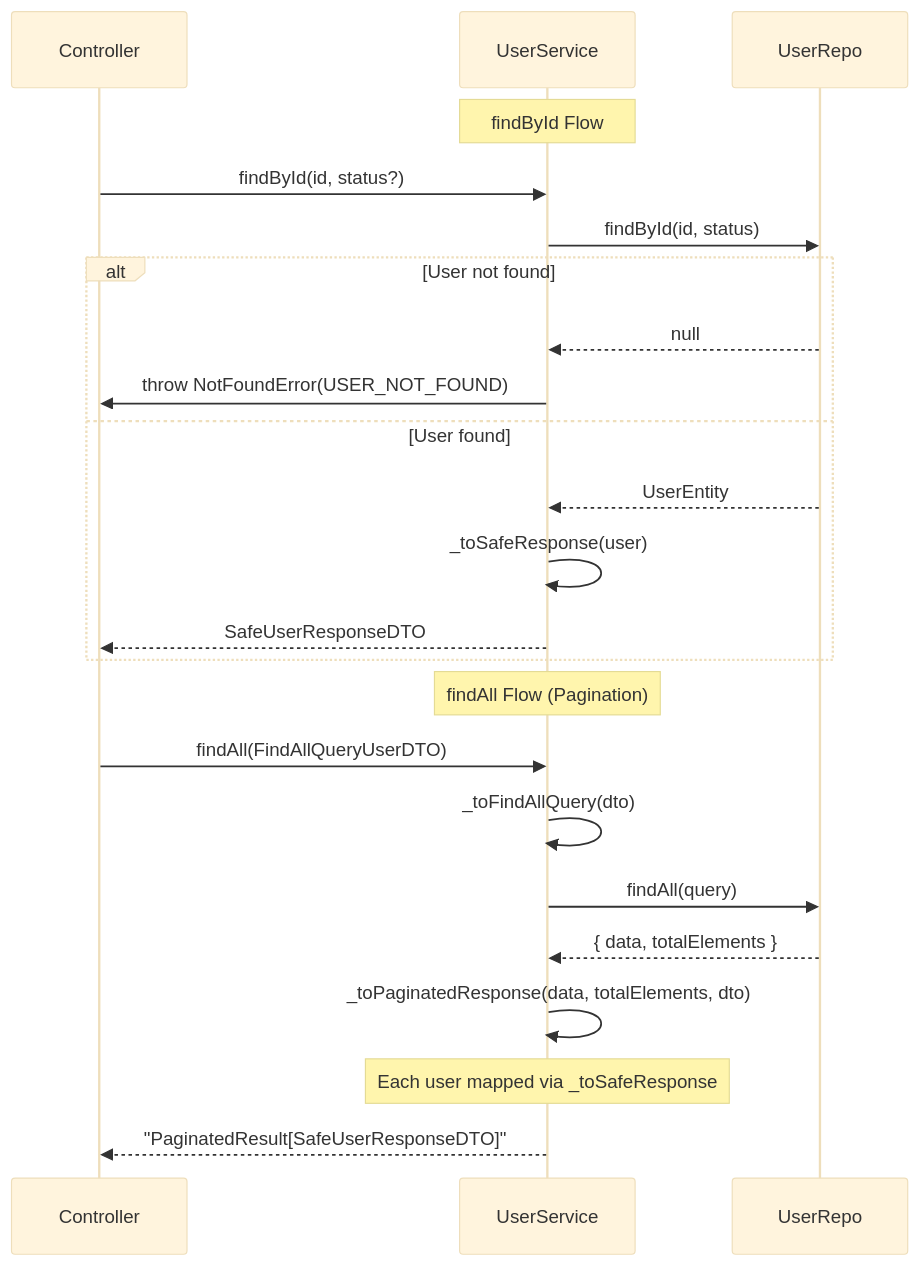
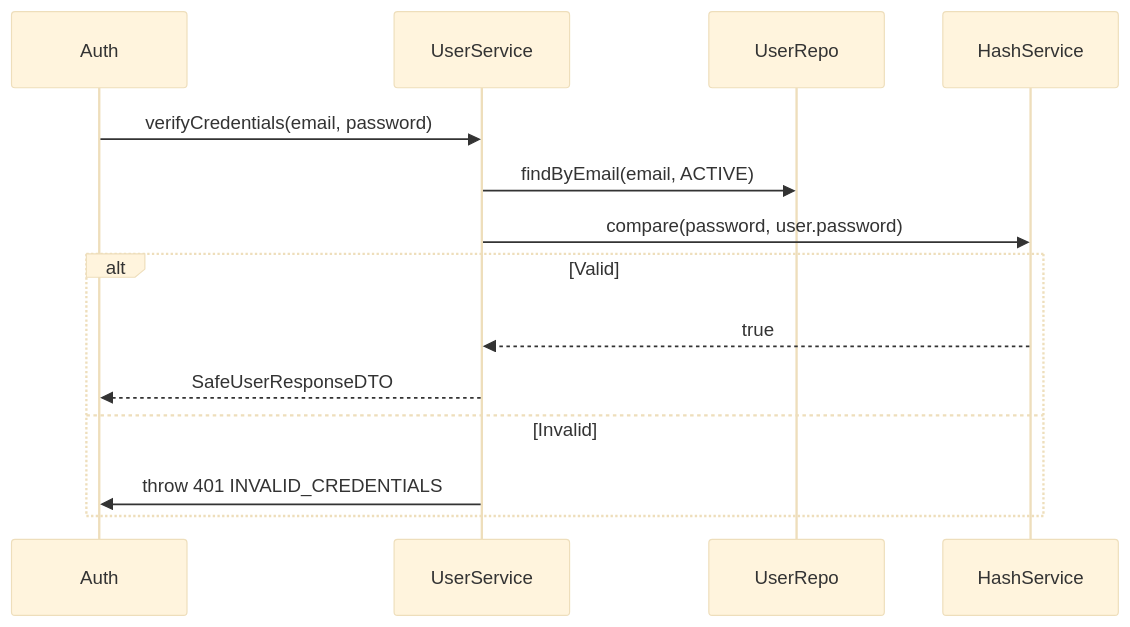
One commit to SangHynh/atomecom changed the fifth of 5 diagrams in server/src/modules/users/README.md. Above: the diagram before and after it, drawn with Mermaid (base theme). The commit also changed other lines of this file and 1 other file, not shown here.

Commit message:
docs: update documents for users and auth modules

````diff
--- a/server/src/modules/users/README.md
+++ b/server/src/modules/users/README.md
@@ -259,27 +156,17 @@
 ```mermaid
 sequenceDiagram
-    participant C as Controller
+    participant A as Auth
     participant S as UserService
     participant R as UserRepo
+    participant H as HashService
 
-    Note over S: findById Flow
-    C->>S: findById(id, status?)
-    S->>R: findById(id, status)
-    alt User not found
-        R-->>S: null
-        S->>C: throw NotFoundError(USER_NOT_FOUND)
-    else User found
-        R-->>S: UserEntity
-        S->>S: _toSafeResponse(user)
-        S-->>C: SafeUserResponseDTO
+    A->>S: verifyCredentials(email, password)
+    S->>R: findByEmail(email, ACTIVE)
+    S->>H: compare(password, user.password)
+    alt Valid
+        H-->>S: true
+        S-->>A: SafeUserResponseDTO
+    else Invalid
+        S->>A: throw 401 INVALID_CREDENTIALS
     end
-
-    Note over S: findAll Flow (Pagination)
-    C->>S: findAll(FindAllQueryUserDTO)
-    S->>S: _toFindAllQuery(dto)
-    S->>R: findAll(query)
-    R-->>S: { data, totalElements }
-    S->>S: _toPaginatedResponse(data, totalElements, dto)
-    Note over S: Each user mapped via _toSafeResponse
-    S-->>C: "PaginatedResult[SafeUserResponseDTO]"
 ```
````
